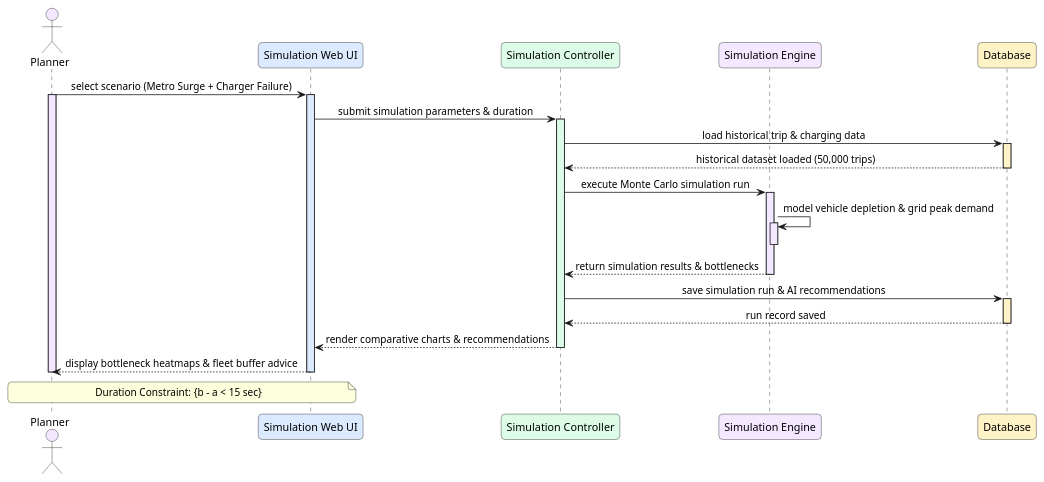
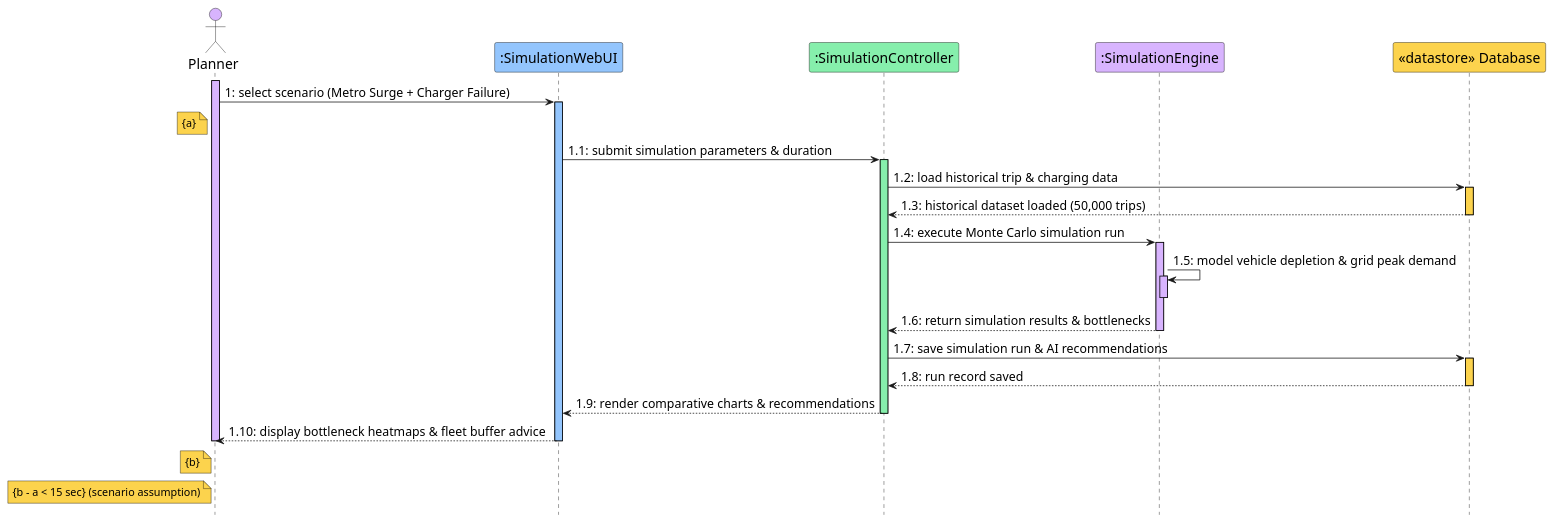
One commit to YdtTran/software-engineerning changed diagram 13 of 14 in 01_Diagram/02_Sequence_Diagram/PLANTUML_SEQUENCE.md. Above: the diagram before and after it, drawn with PlantUML. The commit also changed other lines of this file and 217 other files, not shown here.

````diff
--- a/01_Diagram/02_Sequence_Diagram/PLANTUML_SEQUENCE.md
+++ b/01_Diagram/02_Sequence_Diagram/PLANTUML_SEQUENCE.md
@@ -617,53 +677,59 @@
 ```plantuml
 @startuml
-skinparam sequenceMessageAlign center
-skinparam responseMessageBelowArrow false
-skinparam roundcorner 10
-skinparam ParticipantPadding 25
-skinparam BoxPadding 15
-
-actor "Planner" as Plan #f3e8ff
-participant "Simulation Web UI" as UI #dbeafe
-participant "Simulation Controller" as Ctrl #dcfce7
-participant "Simulation Engine" as Engine #f3e8ff
-participant "Database" as DB #fef3c7
-
-Plan -> UI: select scenario (Metro Surge + Charger Failure)
-activate Plan #f3e8ff
-activate UI #dbeafe
-
-UI -> Ctrl: submit simulation parameters & duration
-activate Ctrl #dcfce7
-
-Ctrl -> DB: load historical trip & charging data
-activate DB #fef3c7
-
-DB --> Ctrl: historical dataset loaded (50,000 trips)
-deactivate DB
-
-Ctrl -> Engine: execute Monte Carlo simulation run
-activate Engine #f3e8ff
-
-Engine -> Engine: model vehicle depletion & grid peak demand
-activate Engine #f3e8ff
-deactivate Engine
-
-Engine --> Ctrl: return simulation results & bottlenecks
-deactivate Engine
-
-Ctrl -> DB: save simulation run & AI recommendations
-activate DB #fef3c7
-
-DB --> Ctrl: run record saved
-deactivate DB
-
-Ctrl --> UI: render comparative charts & recommendations
-deactivate Ctrl
-
-UI --> Plan: display bottleneck heatmaps & fleet buffer advice
-deactivate UI
-deactivate Plan
-
-note over Plan, UI: Duration Constraint: {b - a < 15 sec}
+hide footbox
+skinparam backgroundColor #ffffff
+skinparam defaultFontName Segoe UI
+skinparam defaultFontColor #000000
+skinparam defaultFontSize 16
+skinparam sequence {
+  ParticipantBorderColor #000000
+  ParticipantFontColor #000000
+  ParticipantFontSize 18
+  ActorBorderColor #000000
+  ActorFontColor #000000
+  ActorFontSize 18
+  LifeLineBorderColor #000000
+}
+skinparam ArrowFontColor #000000
+skinparam ArrowFontSize 16
+skinparam noteFontColor #000000
+skinparam noteFontSize 14
+skinparam noteBorderColor #000000
+skinparam noteBackgroundColor #fcd34d
+skinparam titleFontColor #000000
+skinparam titleFontSize 22
+actor "Planner" as P0 #d8b4fe
+participant ":SimulationWebUI" as P1 #93c5fd
+participant ":SimulationController" as P2 #86efac
+participant ":SimulationEngine" as P3 #d8b4fe
+participant "<<datastore>> Database" as P4 #fcd34d
+activate P0 #d8b4fe
+P0->P1: 1: select scenario (Metro Surge + Charger Failure)
+activate P1 #93c5fd
+note left of P0: {a}
+P1->P2: 1.1: submit simulation parameters & duration
+activate P2 #86efac
+P2->P4: 1.2: load historical trip & charging data
+activate P4 #fcd34d
+P4-->P2: 1.3: historical dataset loaded (50,000 trips)
+deactivate P4
+P2->P3: 1.4: execute Monte Carlo simulation run
+activate P3 #d8b4fe
+P3->P3: 1.5: model vehicle depletion & grid peak demand
+activate P3 #d8b4fe
+deactivate P3
+P3-->P2: 1.6: return simulation results & bottlenecks
+deactivate P3
+P2->P4: 1.7: save simulation run & AI recommendations
+activate P4 #fcd34d
+P4-->P2: 1.8: run record saved
+deactivate P4
+P2-->P1: 1.9: render comparative charts & recommendations
+deactivate P2
+P1-->P0: 1.10: display bottleneck heatmaps & fleet buffer advice
+note left of P0: {b}
+deactivate P0
+deactivate P1
+note left of P0: {b - a < 15 sec} (scenario assumption)
 @enduml
 ```
````
